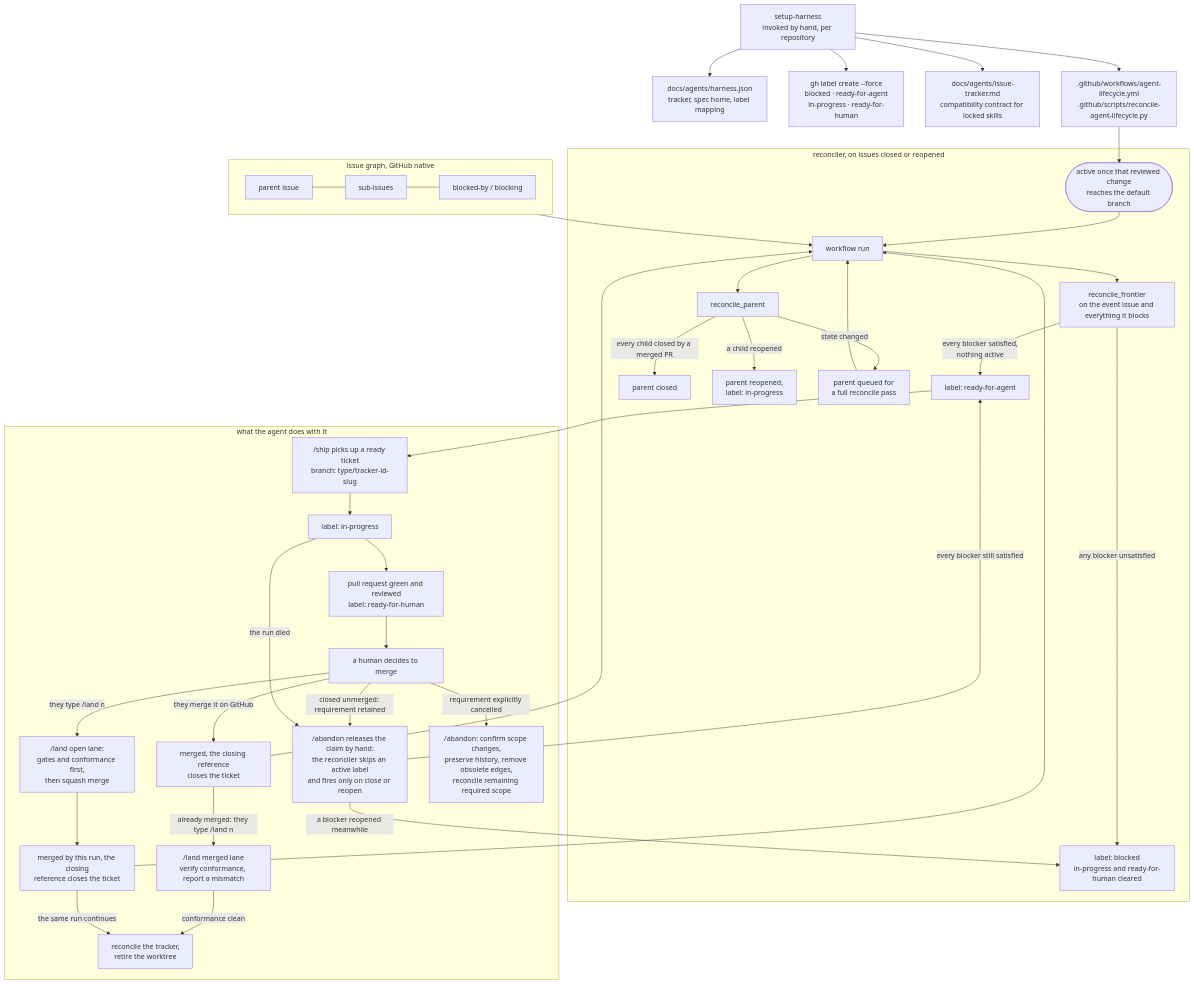
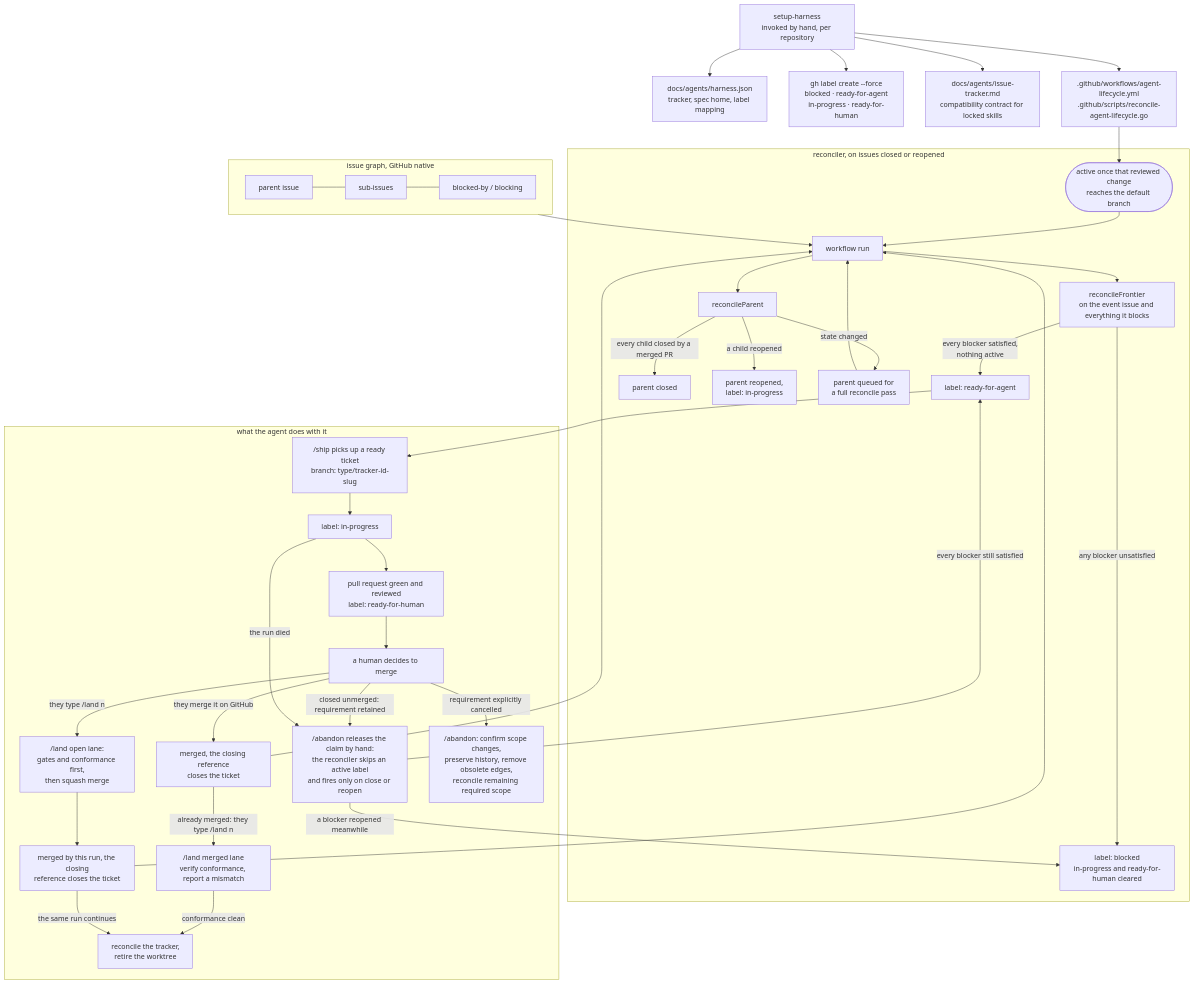
One commit to jvillegasd/harness changed the fourth of 4 diagrams in harness/README.md. Above: the diagram before and after it, drawn with Mermaid. The commit also changed other lines of this file and 13 other files, not shown here.

````diff
--- a/harness/README.md
+++ b/harness/README.md
@@ -312,47 +312,47 @@
 ```mermaid
 flowchart TD
     setup["setup-harness<br>invoked by hand, per repository"] --> config["docs/agents/harness.json<br>tracker, spec home, label mapping"]
     setup --> labels["gh label create --force<br>blocked · ready-for-agent<br>in-progress · ready-for-human"]
     setup --> trackerdoc["docs/agents/issue-tracker.md<br>compatibility contract for locked skills"]
-    setup --> files[".github/workflows/agent-lifecycle.yml<br>.github/scripts/reconcile-agent-lifecycle.py"]
+    setup --> files[".github/workflows/agent-lifecycle.yml<br>.github/scripts/reconcile-agent-lifecycle.go"]
     files --> active(["active once that reviewed change<br>reaches the default branch"])
 
     subgraph GRAPH["issue graph, GitHub native"]
         parent["parent issue"] --- children["sub-issues"]
         children --- deps["blocked-by / blocking"]
     end
 
     subgraph RUN["reconciler, on issues closed or reopened"]
         active --> trigger["workflow run"]
-        trigger --> frontier["reconcile_frontier<br>on the event issue and everything it blocks"]
+        trigger --> frontier["reconcileFrontier<br>on the event issue and everything it blocks"]
         frontier -->|any blocker unsatisfied| blocked["label: blocked<br>in-progress and ready-for-human cleared"]
         frontier -->|every blocker satisfied,<br>nothing active| ready["label: ready-for-agent"]
-        trigger --> parentstate["reconcile_parent"]
+        trigger --> parentstate["reconcileParent"]
         parentstate -->|every child closed by a merged PR| closeparent["parent closed"]
         parentstate -->|a child reopened| reopenparent["parent reopened,<br>label: in-progress"]
         parentstate -->|state changed| parentqueue["parent queued for<br>a full reconcile pass"]
         parentqueue --> trigger
     end
 
     GRAPH --> trigger
 
     subgraph AGENT["what the agent does with it"]
         ready --> ship["/ship picks up a ready ticket<br>branch: type/tracker-id-slug"]
         ship --> inprogress["label: in-progress"]
         inprogress --> prready["pull request green and reviewed<br>label: ready-for-human"]
         prready --> humanmerge["a human decides to merge"]
         humanmerge -->|they merge it on GitHub| merged["merged, the closing reference<br>closes the ticket"]
         humanmerge -->|they type /land n| landopen["/land open lane:<br>gates and conformance first,<br>then squash merge"]
         landopen --> mergedself["merged by this run, the closing<br>reference closes the ticket"]
         mergedself --> trigger
         merged --> trigger
         merged -->|already merged: they type /land n| landmerged["/land merged lane<br>verify conformance, report a mismatch"]
         landmerged -->|conformance clean| landtail["reconcile the tracker,<br>retire the worktree"]
         mergedself -->|the same run continues| landtail
         humanmerge -->|closed unmerged: requirement retained| abandonlabel["/abandon releases the claim by hand:<br>the reconciler skips an active label<br>and fires only on close or reopen"]
         humanmerge -->|requirement explicitly cancelled| cancelscope["/abandon: confirm scope changes,<br>preserve history, remove obsolete edges,<br>reconcile remaining required scope"]
         inprogress -->|the run died| abandonlabel
         abandonlabel -->|every blocker still satisfied| ready
         abandonlabel -->|a blocker reopened meanwhile| blocked
     end
 ```
````
